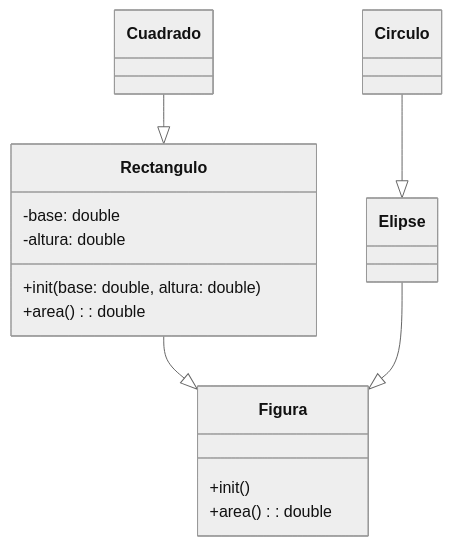
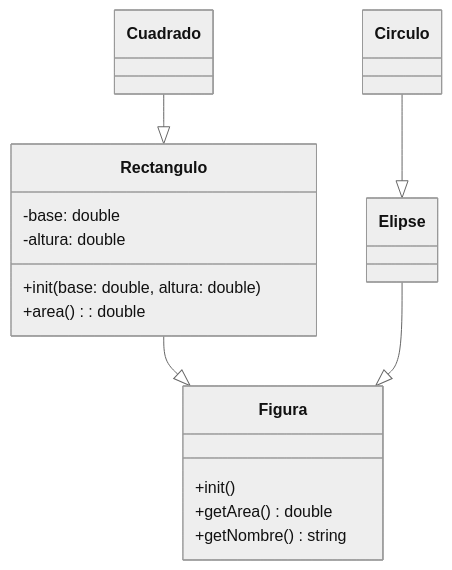
Before and after one commit to g-courses/jappy.classroom: the diagram in workspace/UML-examples/jerarquia.mmd, drawn with Mermaid (neutral theme). The commit also changed 32 other files, not shown here.

```diff
--- a/workspace/UML-examples/jerarquia.mmd
+++ b/workspace/UML-examples/jerarquia.mmd
@@ -1,27 +1,28 @@
 classDiagram
 
     class Figura{
         +init()
-        +area(): double
+        +getArea() double
+        +getNombre() string
     }
 
     class Rectangulo{
         -base: double
         -altura: double
 
         +init(base: double, altura: double)
         +area(): double
     }
 
     class Elipse
 
     class Cuadrado
 
     class Circulo
 
     direction BT
     Figura <|-- Rectangulo
     Figura <|-- Elipse
 
     Rectangulo <|-- Cuadrado
     Elipse <|-- Circulo
```
